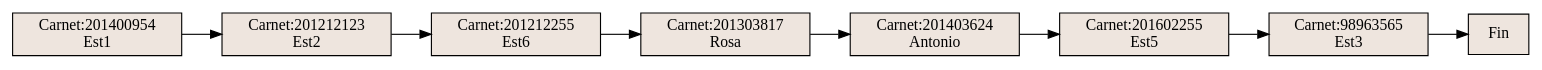
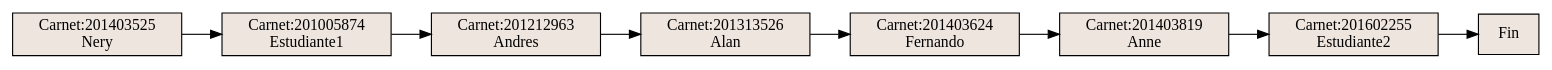
Before and after one commit to Eduardo01004/EDD_2S2019_P2_201612124: the diagram in Practica2/venv/Include/PREORDEN.dot, drawn with Graphviz. The commit also changed 8 other files, not shown here.

```diff
--- a/Practica2/venv/Include/PREORDEN.dot
+++ b/Practica2/venv/Include/PREORDEN.dot
@@ -1,18 +1,18 @@
 digraph inorden {
 rankdir = LR;
-0[shape=record, style=filled, fillcolor=seashell2,label="Carnet:201400954\nEst1"];
+0[shape=record, style=filled, fillcolor=seashell2,label="Carnet:201403525\nNery"];
 0->1
-1[shape=record, style=filled, fillcolor=seashell2,label="Carnet:201212123\nEst2"];
+1[shape=record, style=filled, fillcolor=seashell2,label="Carnet:201005874\nEstudiante1"];
 1->2
-2[shape=record, style=filled, fillcolor=seashell2,label="Carnet:201212255\nEst6"];
+2[shape=record, style=filled, fillcolor=seashell2,label="Carnet:201212963\nAndres"];
 2->3
-3[shape=record, style=filled, fillcolor=seashell2,label="Carnet:201303817\nRosa"];
+3[shape=record, style=filled, fillcolor=seashell2,label="Carnet:201313526\nAlan"];
 3->4
-4[shape=record, style=filled, fillcolor=seashell2,label="Carnet:201403624\nAntonio"];
+4[shape=record, style=filled, fillcolor=seashell2,label="Carnet:201403624\nFernando"];
 4->5
-5[shape=record, style=filled, fillcolor=seashell2,label="Carnet:201602255\nEst5"];
+5[shape=record, style=filled, fillcolor=seashell2,label="Carnet:201403819\nAnne"];
 5->6
-6[shape=record, style=filled, fillcolor=seashell2,label="Carnet:98963565\nEst3"];
+6[shape=record, style=filled, fillcolor=seashell2,label="Carnet:201602255\nEstudiante2"];
 6->7
 7[shape=record, style=filled, fillcolor=seashell2,label="Fin"];
 }
```
